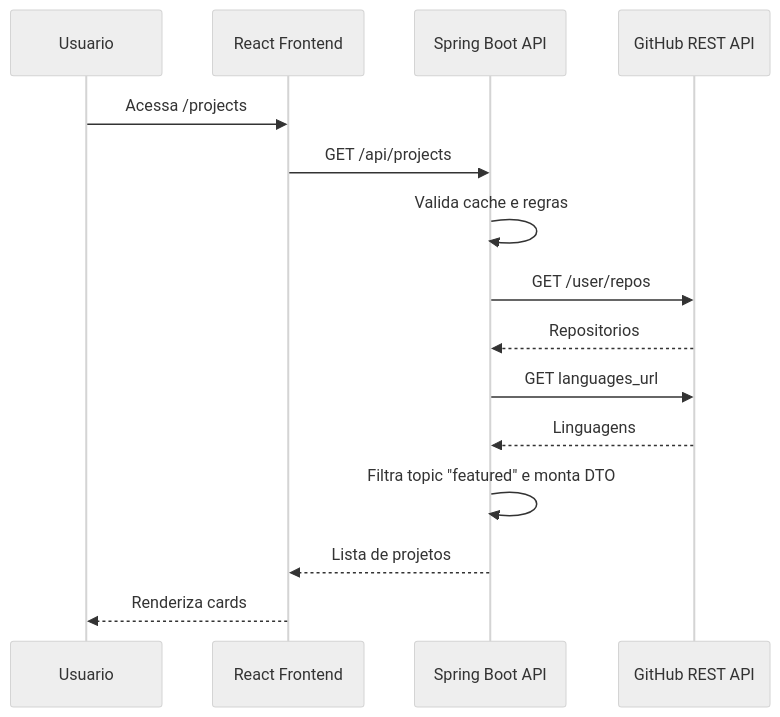
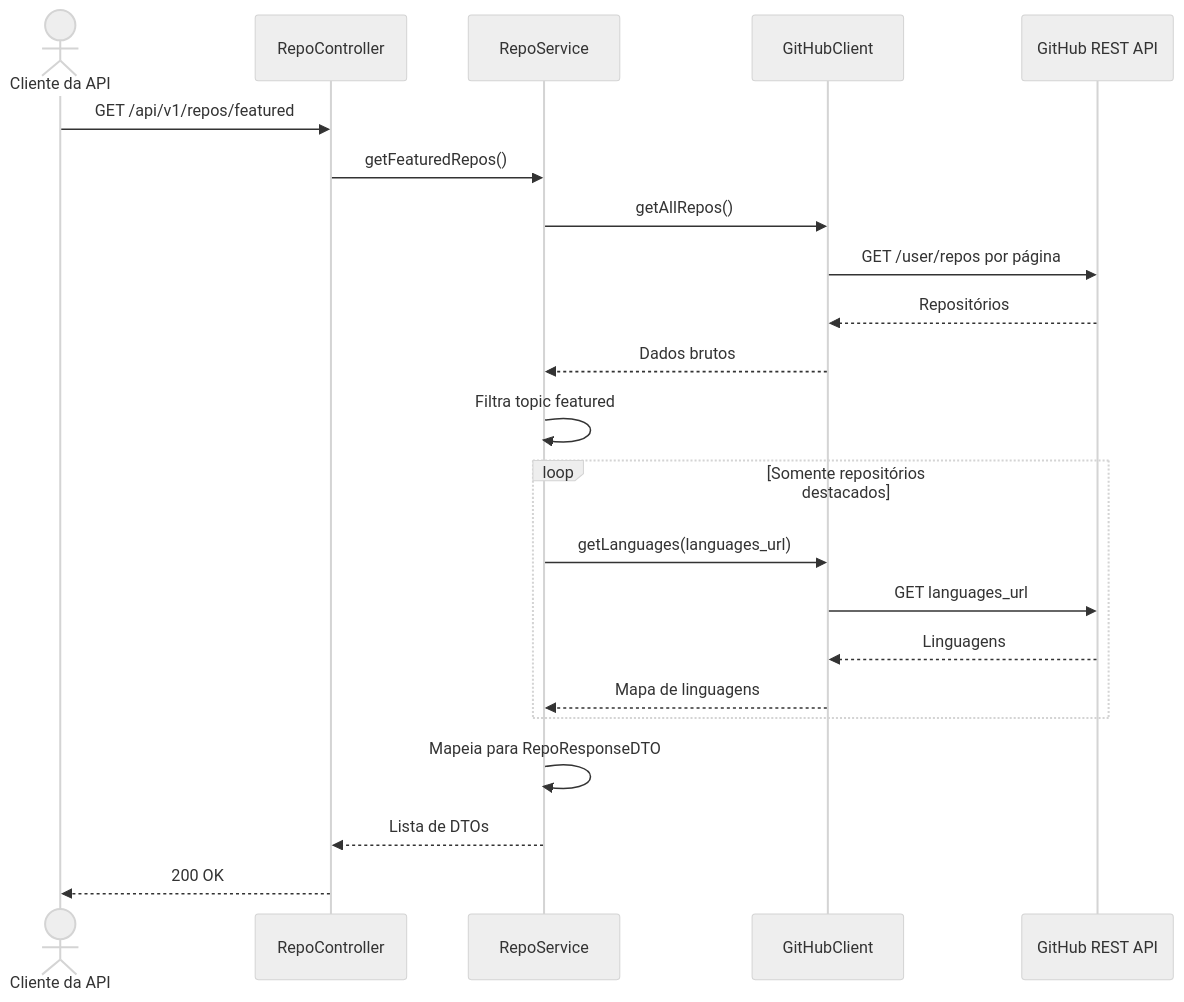
Before and after one commit to lucasz-g/portfolio-2.0: the third of 3 diagrams in README.md, drawn with Mermaid (neutral theme). The commit also changed other lines of this file and 1 other file, not shown here.

````diff
--- a/README.md
+++ b/README.md
@@ -102,18 +88,25 @@
 ```mermaid
 sequenceDiagram
-    participant User as Usuario
-    participant UI as React Frontend
-    participant BE as Spring Boot API
+    actor Consumer as Cliente da API
+    participant Controller as RepoController
+    participant Service as RepoService
+    participant Client as GitHubClient
     participant GH as GitHub REST API
 
-    User->>UI: Acessa /projects
-    UI->>BE: GET /api/projects
-    BE->>BE: Valida cache e regras
-    BE->>GH: GET /user/repos
-    GH-->>BE: Repositorios
-    BE->>GH: GET languages_url
-    GH-->>BE: Linguagens
-    BE->>BE: Filtra topic "featured" e monta DTO
-    BE-->>UI: Lista de projetos
-    UI-->>User: Renderiza cards
+    Consumer->>Controller: GET /api/v1/repos/featured
+    Controller->>Service: getFeaturedRepos()
+    Service->>Client: getAllRepos()
+    Client->>GH: GET /user/repos por página
+    GH-->>Client: Repositórios
+    Client-->>Service: Dados brutos
+    Service->>Service: Filtra topic featured
+    loop Somente repositórios destacados
+        Service->>Client: getLanguages(languages_url)
+        Client->>GH: GET languages_url
+        GH-->>Client: Linguagens
+        Client-->>Service: Mapa de linguagens
+    end
+    Service->>Service: Mapeia para RepoResponseDTO
+    Service-->>Controller: Lista de DTOs
+    Controller-->>Consumer: 200 OK
 ```
````
